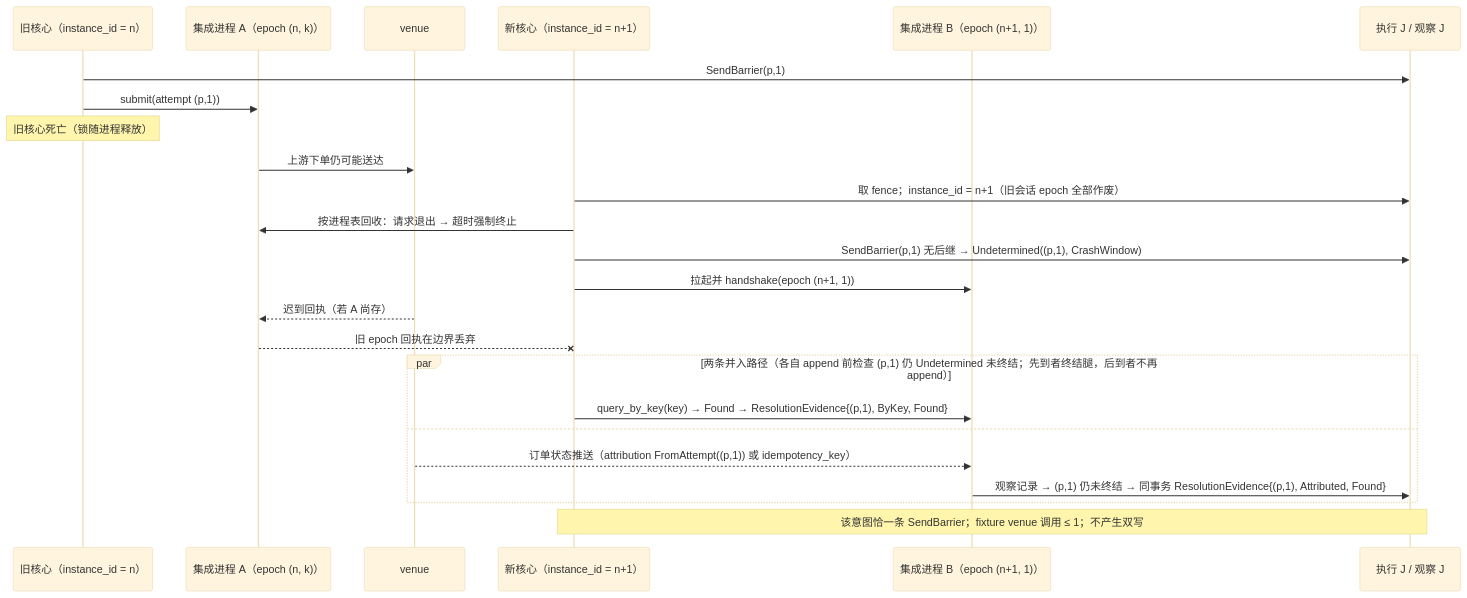
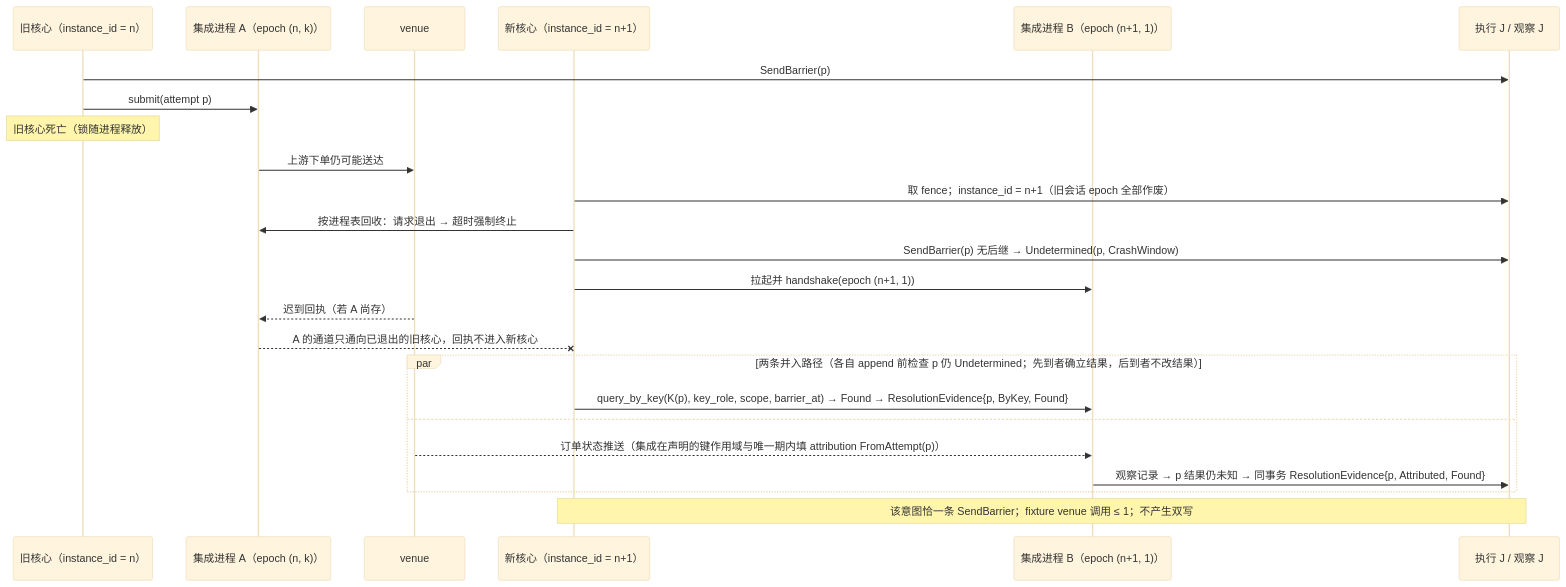
One commit to mouriya-s-lab/uta changed the third of 4 diagrams in design/diagrams/07-crash-recovery.md. Above: the diagram before and after it, drawn with Mermaid (base theme). The commit also changed other lines of this file and 12 other files, not shown here.

````diff
--- a/design/diagrams/07-crash-recovery.md
+++ b/design/diagrams/07-crash-recovery.md
@@ -73,26 +72,26 @@
 ```mermaid
 sequenceDiagram
   participant OLD as 旧核心（instance_id = n）
   participant IA as 集成进程 A（epoch (n, k)）
   participant V as venue
   participant NEW as 新核心（instance_id = n+1）
   participant IB as 集成进程 B（epoch (n+1, 1)）
   participant J as 执行 J / 观察 J
-  OLD->>J: SendBarrier(p,1)
-  OLD->>IA: submit(attempt (p,1))
+  OLD->>J: SendBarrier(p)
+  OLD->>IA: submit(attempt p)
   Note over OLD: 旧核心死亡（锁随进程释放）
   IA->>V: 上游下单仍可能送达
   NEW->>J: 取 fence；instance_id = n+1（旧会话 epoch 全部作废）
   NEW->>IA: 按进程表回收：请求退出 → 超时强制终止
-  NEW->>J: SendBarrier(p,1) 无后继 → Undetermined((p,1), CrashWindow)
+  NEW->>J: SendBarrier(p) 无后继 → Undetermined(p, CrashWindow)
   NEW->>IB: 拉起并 handshake(epoch (n+1, 1))
   V-->>IA: 迟到回执（若 A 尚存）
-  IA--xNEW: 旧 epoch 回执在边界丢弃
-  par 两条并入路径（各自 append 前检查 (p,1) 仍 Undetermined 未终结；先到者终结腿，后到者不再 append）
-    NEW->>IB: query_by_key(key) → Found → ResolutionEvidence{(p,1), ByKey, Found}
+  IA--xNEW: A 的通道只通向已退出的旧核心，回执不进入新核心
+  par 两条并入路径（各自 append 前检查 p 仍 Undetermined；先到者确立结果，后到者不改结果）
+    NEW->>IB: query_by_key(K(p), key_role, scope, barrier_at) → Found → ResolutionEvidence{p, ByKey, Found}
   and
-    V-->>IB: 订单状态推送（attribution FromAttempt((p,1)) 或 idempotency_key）
-    IB->>J: 观察记录 → (p,1) 仍未终结 → 同事务 ResolutionEvidence{(p,1), Attributed, Found}
+    V-->>IB: 订单状态推送（集成在声明的键作用域与唯一期内填 attribution FromAttempt(p)）
+    IB->>J: 观察记录 → p 结果仍未知 → 同事务 ResolutionEvidence{p, Attributed, Found}
   end
   Note over NEW,J: 该意图恰一条 SendBarrier；fixture venue 调用 ≤ 1；不产生双写
 ```
````
